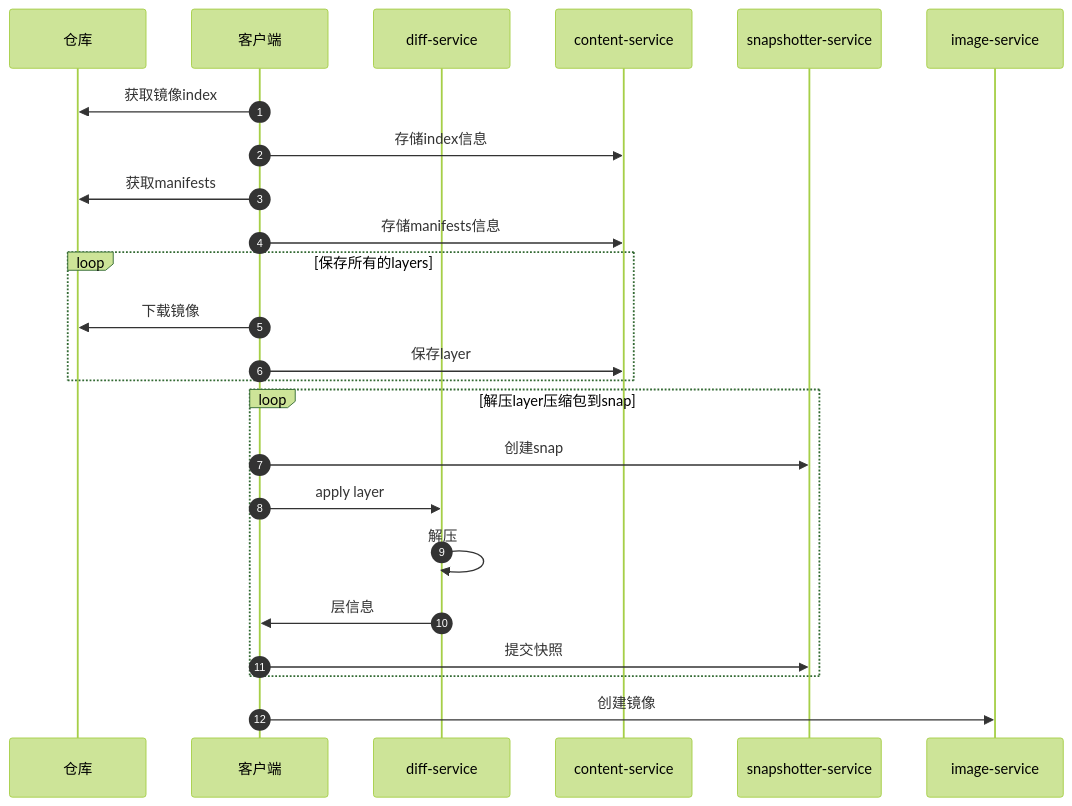
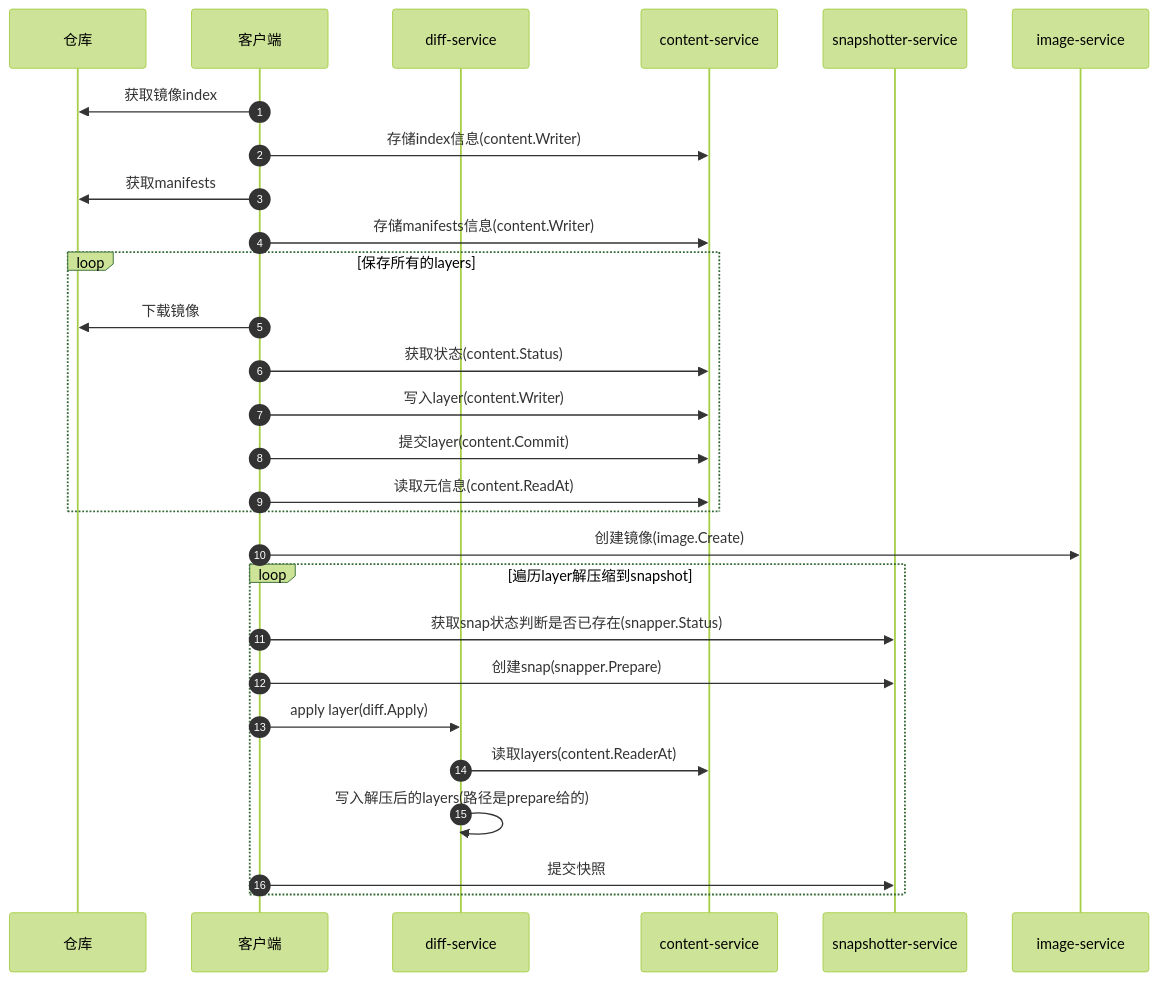
One commit to NatureLR/blog changed the first of 2 diagrams in source/_drafts/containerd源码-下载镜像.md. Above: the diagram before and after it, drawn with Mermaid (forest theme). The commit also changed other lines of this file, not shown here.

````diff
--- a/source/_drafts/containerd源码-下载镜像.md
+++ b/source/_drafts/containerd源码-下载镜像.md
@@ -17,29 +689,34 @@
 ```mermaid
 sequenceDiagram
     autonumber
     participant hub as 仓库
     participant client as 客户端
     participant diff as diff-service
     participant content as content-service
     participant snapshotter as snapshotter-service
     participant image as image-service
 
     client->>hub:获取镜像index
-    client->>content:存储index信息
+    client->>content:存储index信息(content.Writer)
     client->>hub:获取manifests
-    client->>content:存储manifests信息
+    client->>content:存储manifests信息(content.Writer)
 
     loop 保存所有的layers
     client->>hub:下载镜像
-    client->>content:保存layer
+    client->>content:获取状态(content.Status)
+    client->>content:写入layer(content.Writer)
+    client->>content:提交layer(content.Commit)
+    client->>content:读取元信息(content.ReadAt)
     end
+    client->>image:创建镜像(image.Create)
+    #client->>image:创建镜像(如果已经存在)(image.Update)
 
-    loop 解压layer压缩包到snap
-    client->>snapshotter:创建snap
-    client->>diff:apply layer
-    diff->>diff:解压
-    diff->>client:层信息
+    loop 遍历layer解压缩到snapshot
+    client->>snapshotter:获取snap状态判断是否已存在(snapper.Status)
+    client->>snapshotter:创建snap(snapper.Prepare)
+    client->>diff:apply layer(diff.Apply)
+    diff->>content:读取layers(content.ReaderAt)
+    diff->>diff:写入解压后的layers(路径是prepare给的)
     client->>snapshotter:提交快照
     end
-    client->>image:创建镜像
 ```
````
